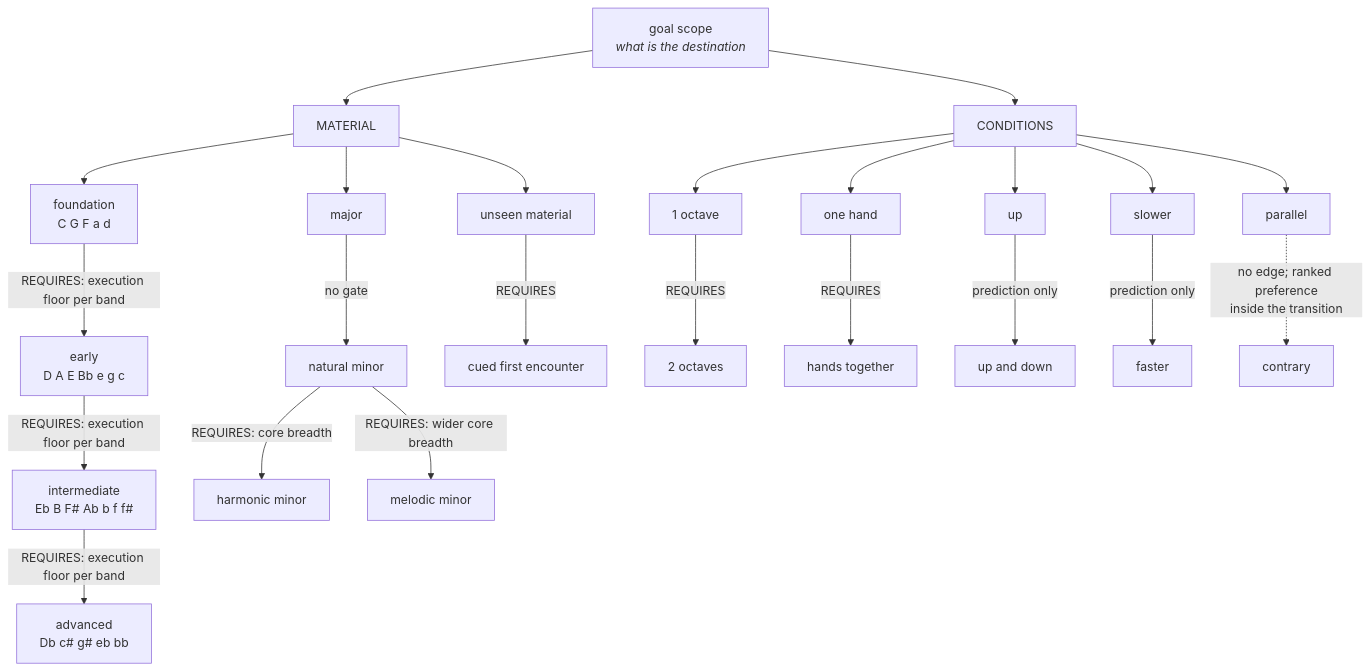
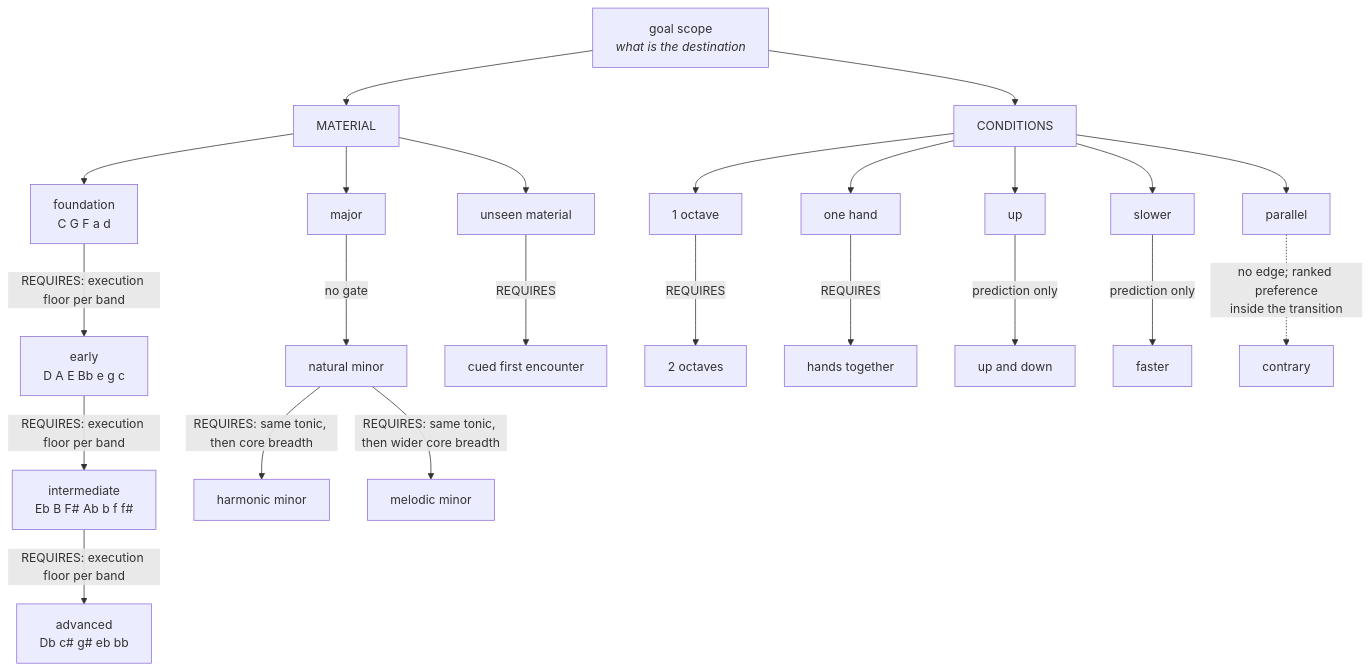
Before and after one commit to EarthmanMuons/keyrecall: the diagram in docs/decisions/curriculum-and-progression.md, drawn with Mermaid. The commit also changed other lines of this file and 4 other files, not shown here.

````diff
--- a/docs/decisions/curriculum-and-progression.md
+++ b/docs/decisions/curriculum-and-progression.md
@@ -34,33 +34,33 @@
 ```mermaid
 flowchart TD
     G["goal scope<br/><i>what is the destination</i>"] --> M[MATERIAL]
     G --> C[CONDITIONS]
 
     M --> B1["foundation<br/>C G F a d"]
     B1 -->|"REQUIRES: execution floor per band"| B2["early<br/>D A E Bb e g c"]
     B2 -->|"REQUIRES: execution floor per band"| B3["intermediate<br/>Eb B F# Ab b f f#"]
     B3 -->|"REQUIRES: execution floor per band"| B4["advanced<br/>Db c# g# eb bb"]
 
     M --> F1[major]
     F1 -->|no gate| F2[natural minor]
-    F2 -->|"REQUIRES: core breadth"| F3[harmonic minor]
-    F2 -->|"REQUIRES: wider core breadth"| F4[melodic minor]
+    F2 -->|"REQUIRES: same tonic, then core breadth"| F3[harmonic minor]
+    F2 -->|"REQUIRES: same tonic, then wider core breadth"| F4[melodic minor]
 
     M --> E1[unseen material]
     E1 -->|REQUIRES| E2[cued first encounter]
 
     C --> O1[1 octave]
     O1 -->|REQUIRES| O2[2 octaves]
 
     C --> H1[one hand]
     H1 -->|REQUIRES| H2[hands together]
 
     C --> D1[up]
     D1 -->|prediction only| D2[up and down]
 
     C --> T1[slower]
     T1 -->|prediction only| T2[faster]
 
     C --> P1[parallel]
     P1 -.->|"no edge; ranked preference<br/>inside the transition"| P2[contrary]
 ```
````
